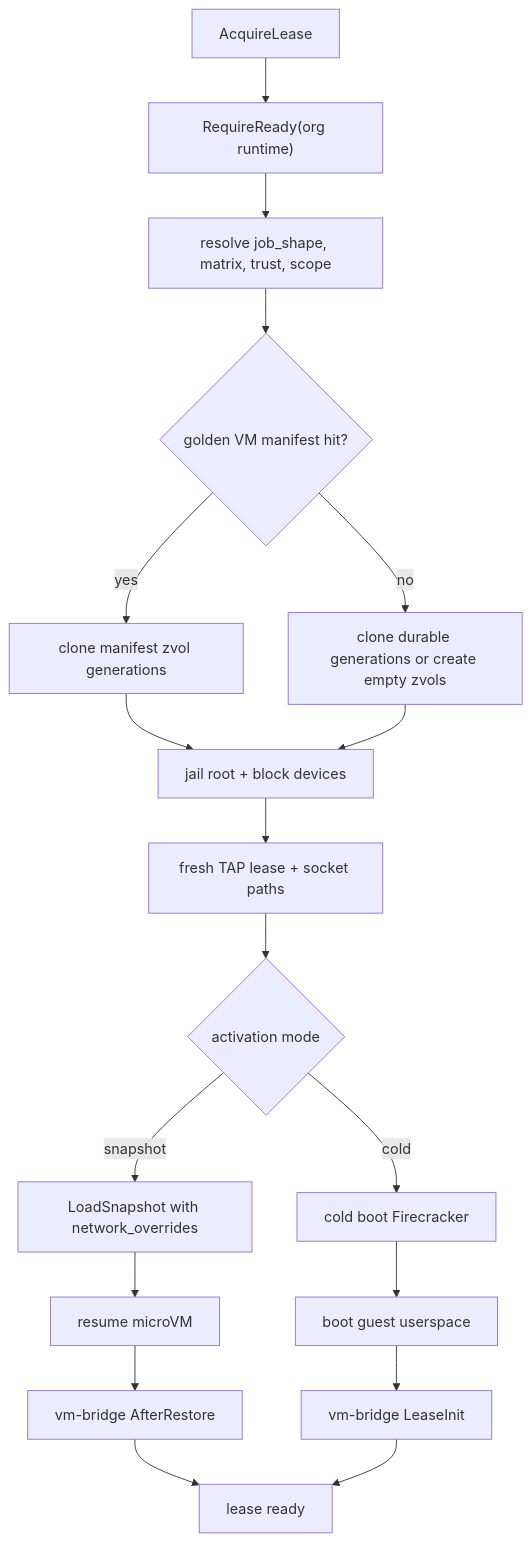
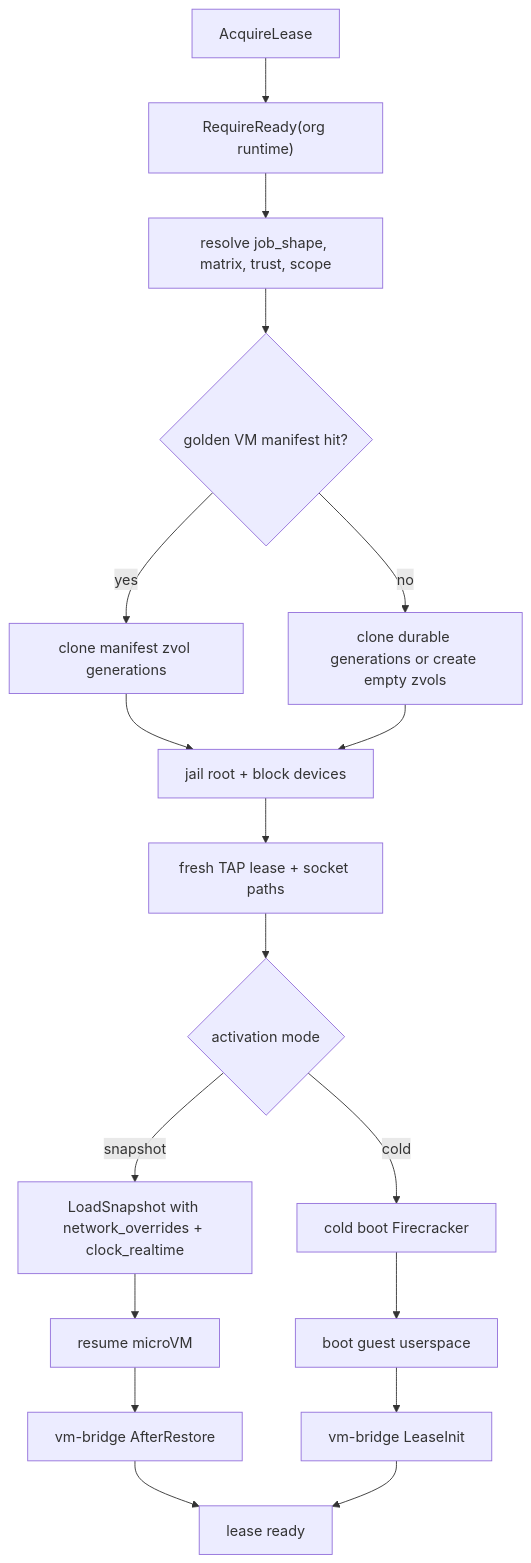
The second of 6 diagrams in src/substrate/vm-orchestrator/docs/firecracker-snapshot-lifecycle.md (guardian-intelligence/verself), drawn with Mermaid before and after one commit. The commit also changed other lines of this file and 17 other files, not shown here.

````diff
--- a/src/substrate/vm-orchestrator/docs/firecracker-snapshot-lifecycle.md
+++ b/src/substrate/vm-orchestrator/docs/firecracker-snapshot-lifecycle.md
@@ -21,25 +21,25 @@
 ```mermaid
 flowchart TD
     acquire["AcquireLease"] --> require["RequireReady(org runtime)"]
     require --> shape["resolve job_shape, matrix, trust, scope"]
     shape --> manifest{"golden VM manifest hit?"}
 
     manifest -->|yes| zvols["clone manifest zvol generations"]
     manifest -->|no| coldzvols["clone durable generations or create empty zvols"]
 
     zvols --> jail["jail root + block devices"]
     coldzvols --> jail
     jail --> tap["fresh TAP lease + socket paths"]
     tap --> fc{"activation mode"}
 
-    fc -->|snapshot| load["LoadSnapshot with network_overrides"]
+    fc -->|snapshot| load["LoadSnapshot with network_overrides + clock_realtime"]
     fc -->|cold| boot["cold boot Firecracker"]
 
     load --> resume["resume microVM"]
     boot --> guest["boot guest userspace"]
     resume --> afterrestore["vm-bridge AfterRestore"]
     guest --> leaseinit["vm-bridge LeaseInit"]
 
     afterrestore --> ready["lease ready"]
     leaseinit --> ready
 ```
````
